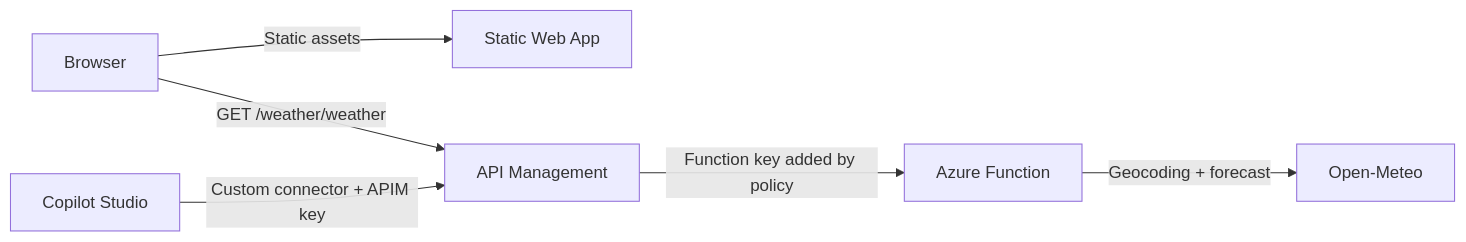
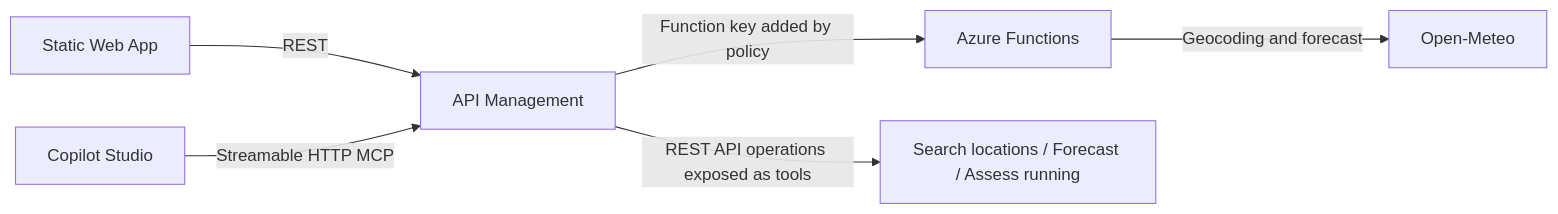
One commit to ricardPlana/SurvivingDynamics_MCPServer changed the diagram in README.md. Above: the diagram before and after it, drawn with Mermaid. The commit also changed other lines of this file and 12 other files, not shown here.

First line of the commit message:
Expand weather API for Copilot MCP

````diff
--- a/README.md
+++ b/README.md
@@ -5,8 +5,8 @@
 ```mermaid
 flowchart LR
-  Person[Browser] -->|Static assets| SWA[Static Web App]
-  Person -->|GET /weather/weather| APIM[API Management]
-  Copilot[Copilot Studio] -->|Custom connector + APIM key| APIM
-  APIM -->|Function key added by policy| Function[Azure Function]
-  Function -->|Geocoding + forecast| Meteo[Open-Meteo]
+  Browser[Static Web App] -->|REST| APIM[API Management]
+  Copilot[Copilot Studio] -->|Streamable HTTP MCP| APIM
+  APIM -->|Function key added by policy| Function[Azure Functions]
+  Function -->|Geocoding and forecast| Meteo[Open-Meteo]
+  APIM -->|REST API operations exposed as tools| Tools[Search locations / Forecast / Assess running]
 ```
````
